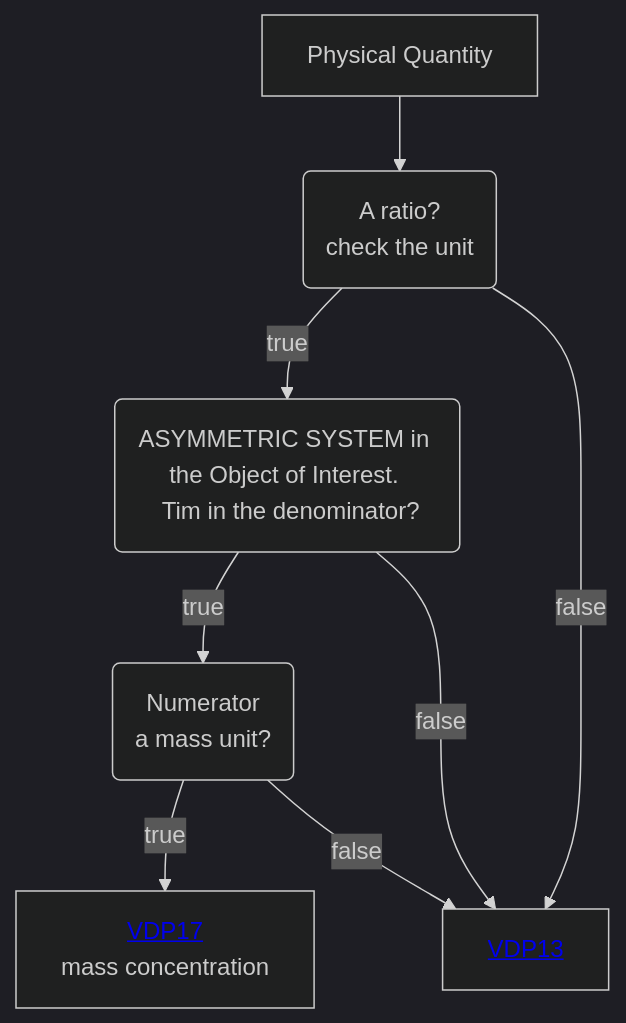
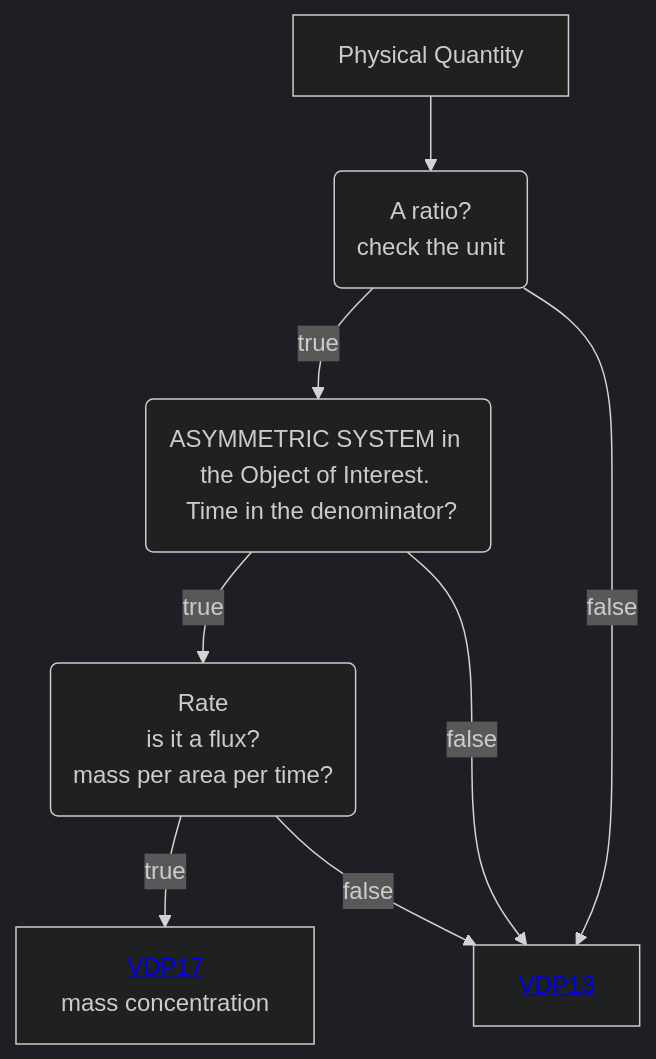
Before and after one commit to mabablue/I-ADOPT-patterns-playground: the diagram in Decisition_trees/DT2.mmd, drawn with Mermaid (dark theme).

Commit message:
Fix typo in DT2.mmd flowchart labels

```diff
--- a/Decisition_trees/DT2.mmd
+++ b/Decisition_trees/DT2.mmd
@@ -1,8 +1,8 @@
 flowchart TD
     A[Physical Quantity] --> B(A ratio?<br>check the unit)
-    B --> |true|C(ASYMMETRIC SYSTEM in the Object of Interest. <br> Tim in the denominator?) 
+    B --> |true|C(ASYMMETRIC SYSTEM in the Object of Interest. <br> Time in the denominator?) 
     B --> |false|D[<a href='https://github.com/mabablue/I-ADOPT-patterns-playground/blob/main/pattern/VDP13.yaml'>VDP13</a>]
-    C --> |true|E(Numerator <br> a mass unit?)
+    C --> |true|E(Rate <br> is it a flux? <br> mass per area per time?)
     C --> |false|D
     E --> |true|F[<a href='https://github.com/mabablue/I-ADOPT-patterns-playground/blob/main/pattern/VDP17.yaml'>VDP17</a> <br> mass concentration]
     E --> |false|D
```
